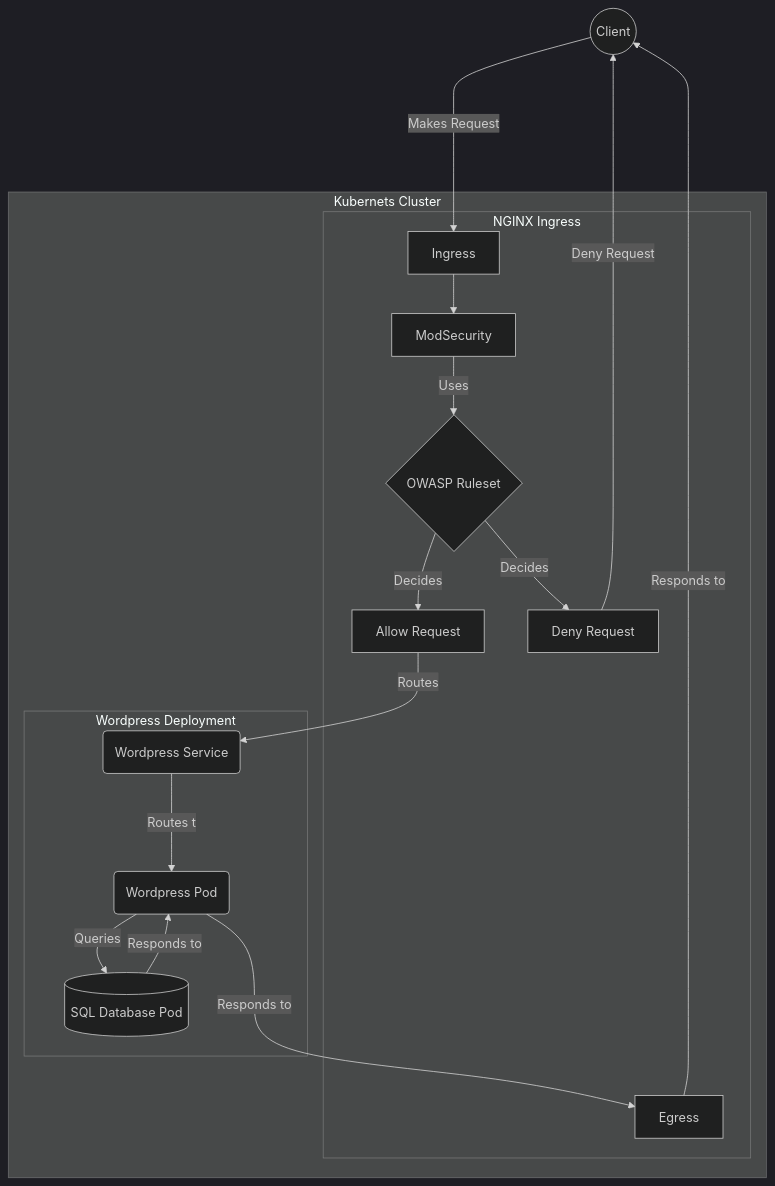
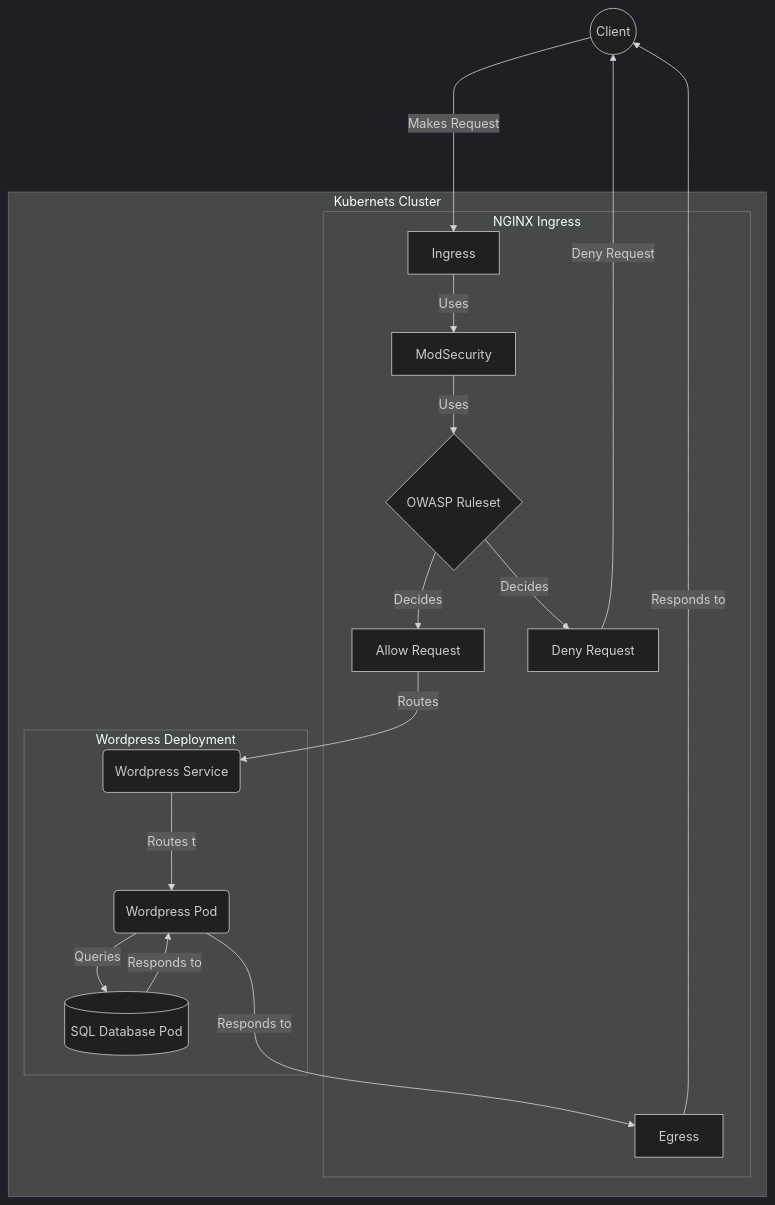
One commit to NickMcGrath/nickmcgrath.github.io changed the diagram in content/en/blog/K8s-Nginx-Ingress-WAF/index.md. Above: the diagram before and after it, drawn with Mermaid. The commit also changed other lines of this file, not shown here.

Commit message:
minor graph change

````diff
--- a/content/en/blog/K8s-Nginx-Ingress-WAF/index.md
+++ b/content/en/blog/K8s-Nginx-Ingress-WAF/index.md
@@ -50,23 +50,23 @@
 ```mermaid
 %%{init: {'theme':'dark'}}%%
 flowchart
 A((Client)) -- Makes Request----> INGRESS
 subgraph K8[Kubernets Cluster]
  subgraph NGINX[NGINX Ingress]
-   INGRESS[Ingress] --> MOD
+   INGRESS[Ingress] -- Uses --> MOD
    MOD[ModSecurity] -- Uses --> OWASP{OWASP Ruleset}
    OWASP --Decides--> ALLOW[Allow Request]
    OWASP --Decides--> DENY[Deny Request]
    EGRESS[Egress]
  end
  subgraph WORDD[Wordpress Deployment]
  ALLOW -- Routes --> S(Wordpress Service)
  S -- Routes to--> W(Wordpress Pod)
  W -- Queries--> D[(SQL Database Pod)]
  D -- Responds to --> W
  W -- Responds to ---> EGRESS
  end
 end
 DENY -- Deny Request ---> A
 EGRESS -- Responds to ----> A
 ```
````
